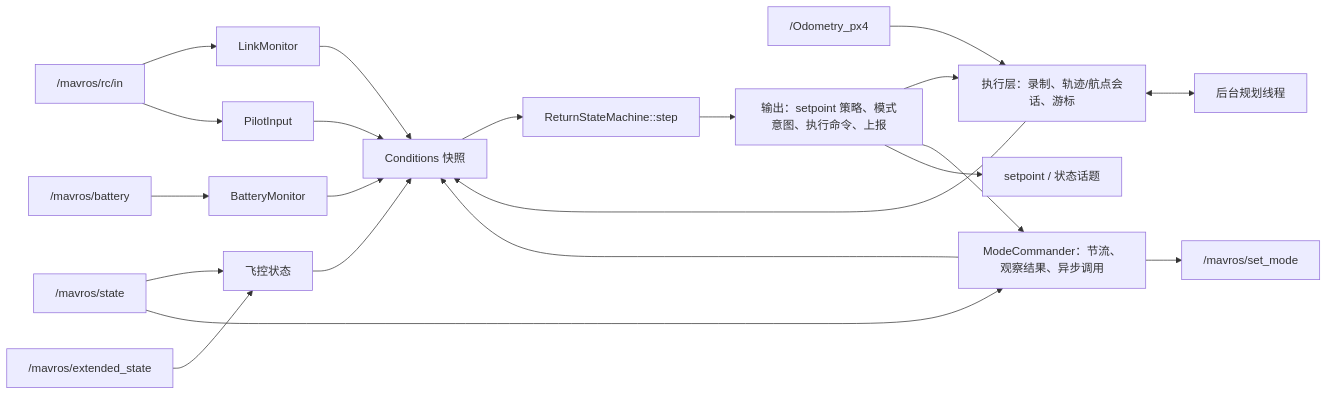
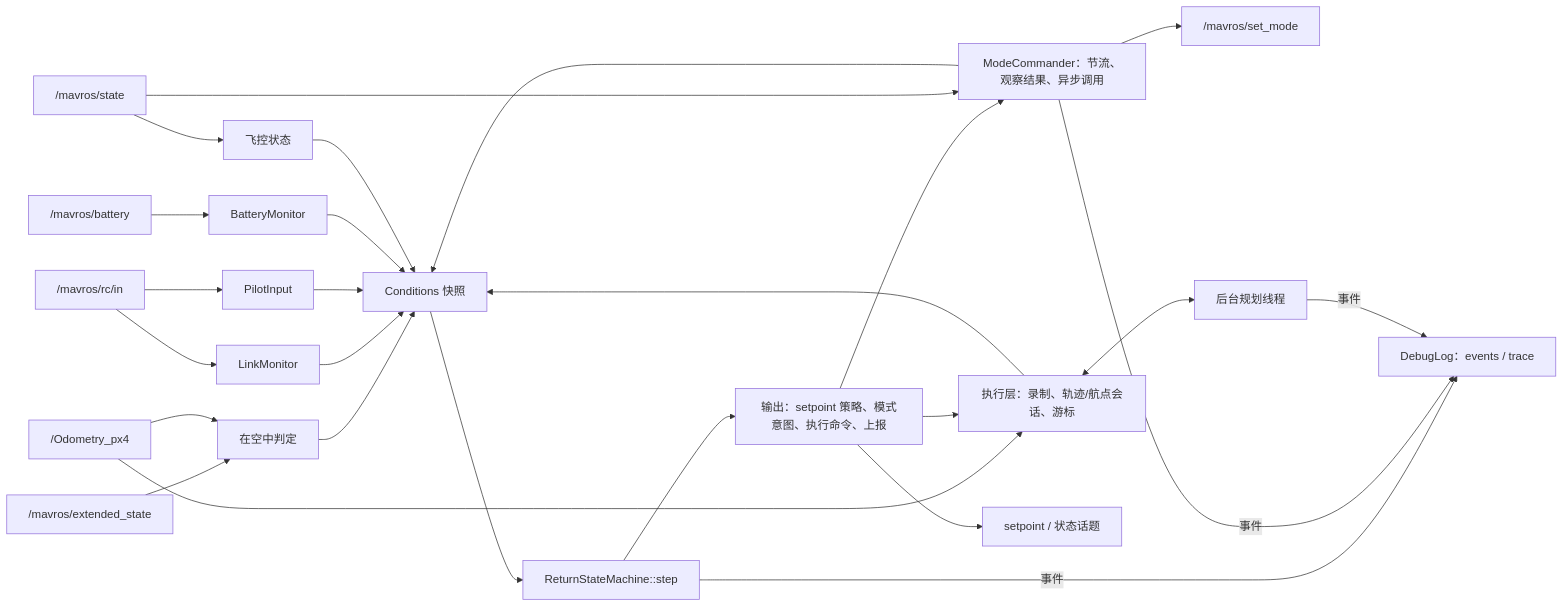
One commit to ChanSolstice/px4_backtrack_optimised changed the first of 3 diagrams in doc/design/返航触发与状态机重构方案.md. Above: the diagram before and after it, drawn with Mermaid. The commit also changed other lines of this file and 1 other file, not shown here.

````diff
--- a/doc/design/返航触发与状态机重构方案.md
+++ b/doc/design/返航触发与状态机重构方案.md
@@ -172,23 +173,28 @@
 ```mermaid
 flowchart LR
   RC["/mavros/rc/in"] --> LM[LinkMonitor]
   RC --> PI[PilotInput]
   BAT["/mavros/battery"] --> BM[BatteryMonitor]
   ST["/mavros/state"] --> FC[飞控状态]
-  EXT["/mavros/extended_state"] --> FC
+  EXT["/mavros/extended_state"] --> AM[在空中判定]
   ODOM["/Odometry_px4"] --> EXE[执行层：录制、轨迹/航点会话、游标]
+  ODOM --> AM
+  AM --> C
   LM --> C[Conditions 快照]
   PI --> C
   BM --> C
   FC --> C
   EXE --> C
   C --> SM["ReturnStateMachine::step"]
   SM --> O[输出：setpoint 策略、模式意图、执行命令、上报]
   O --> EXE
   O --> MC[ModeCommander：节流、观察结果、异步调用]
   MC --> SETMODE["/mavros/set_mode"]
   ST --> MC
   MC --> C
   O --> PUB[setpoint / 状态话题]
   EXE <--> PW[后台规划线程]
+  SM -- 事件 --> LOG[DebugLog：events / trace]
+  MC -- 事件 --> LOG
+  PW -- 事件 --> LOG
 ```
````
